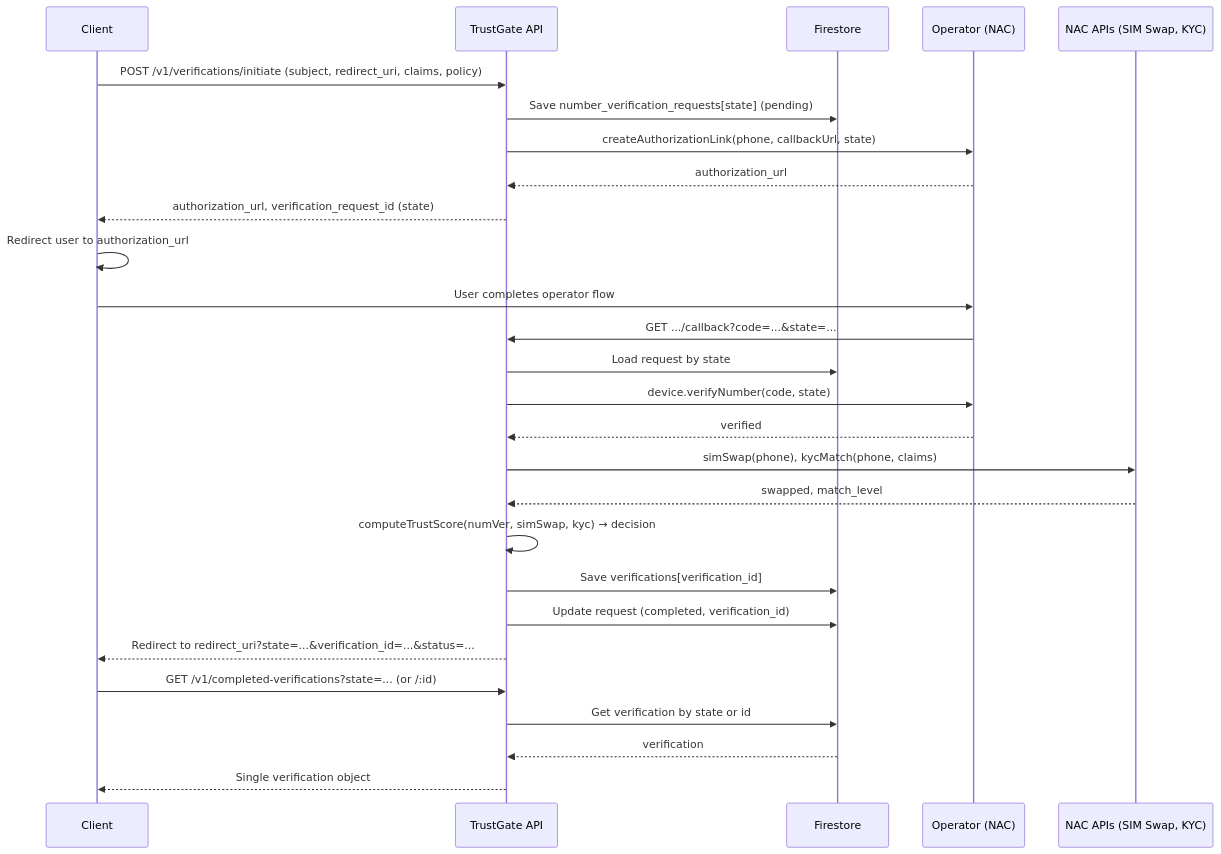
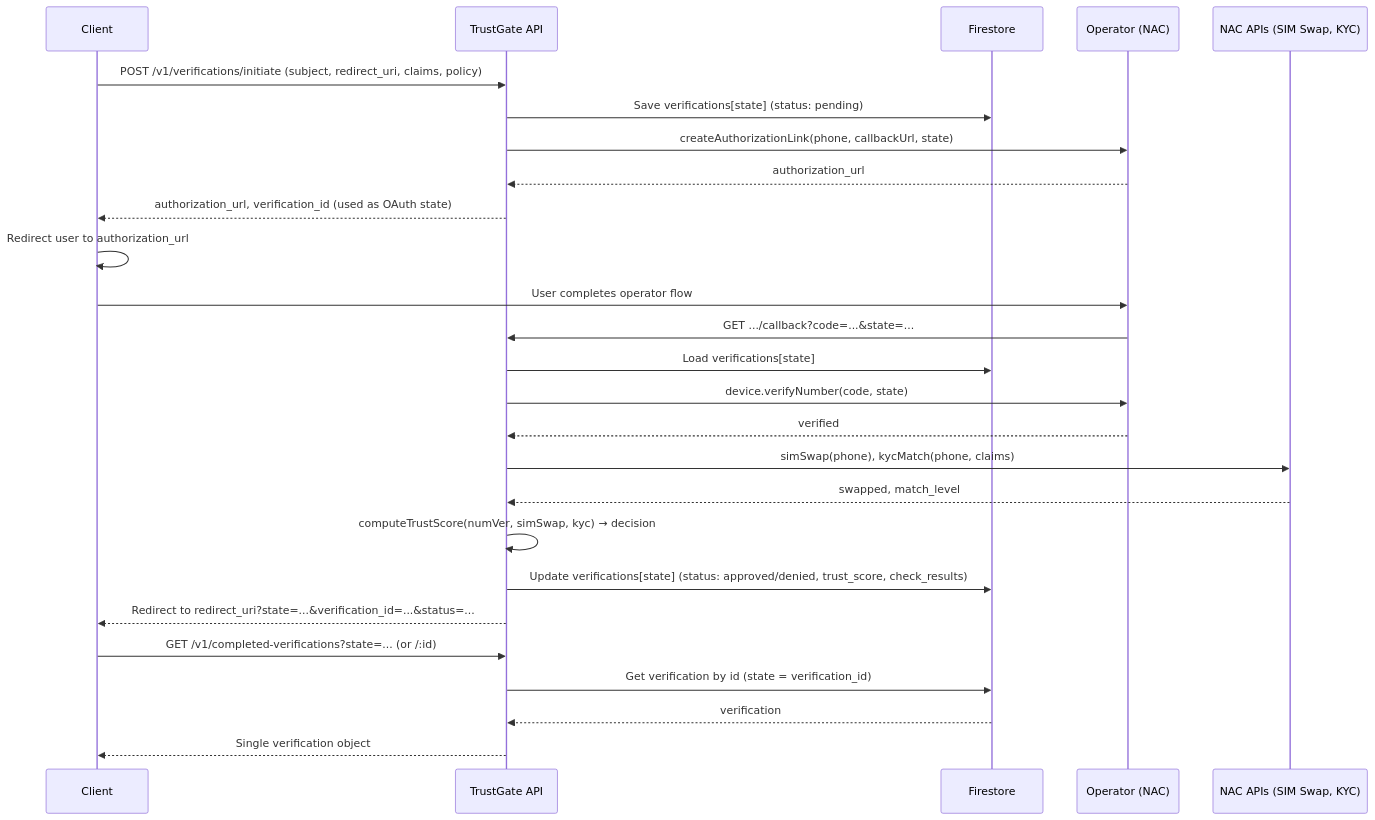
The second of 4 diagrams in docs/ARCHITECTURE.md (rtewierik/trustgate), drawn with Mermaid before and after one commit. The commit also changed other lines of this file and 10 other files, not shown here.

Commit message:
feat: Work with only one Firestore collection, remove request_id, and update verification query page.

````diff
--- a/docs/ARCHITECTURE.md
+++ b/docs/ARCHITECTURE.md
@@ -54,32 +54,31 @@
 ```mermaid
 sequenceDiagram
   participant C as Client
   participant T as TrustGate API
   participant F as Firestore
   participant O as Operator (NAC)
   participant N as NAC APIs (SIM Swap, KYC)
 
   C->>T: POST /v1/verifications/initiate (subject, redirect_uri, claims, policy)
-  T->>F: Save number_verification_requests[state] (pending)
+  T->>F: Save verifications[state] (status: pending)
   T->>O: createAuthorizationLink(phone, callbackUrl, state)
   O-->>T: authorization_url
-  T-->>C: authorization_url, verification_request_id (state)
+  T-->>C: authorization_url, verification_id (used as OAuth state)
 
   C->>C: Redirect user to authorization_url
   C->>O: User completes operator flow
   O->>T: GET .../callback?code=...&state=...
-  T->>F: Load request by state
+  T->>F: Load verifications[state]
   T->>O: device.verifyNumber(code, state)
   O-->>T: verified
   T->>N: simSwap(phone), kycMatch(phone, claims)
   N-->>T: swapped, match_level
   T->>T: computeTrustScore(numVer, simSwap, kyc) → decision
-  T->>F: Save verifications[verification_id]
-  T->>F: Update request (completed, verification_id)
+  T->>F: Update verifications[state] (status: approved/denied, trust_score, check_results)
   T-->>C: Redirect to redirect_uri?state=...&verification_id=...&status=...
 
   C->>T: GET /v1/completed-verifications?state=... (or /:id)
-  T->>F: Get verification by state or id
+  T->>F: Get verification by id (state = verification_id)
   F-->>T: verification
   T-->>C: Single verification object
 ```
````
